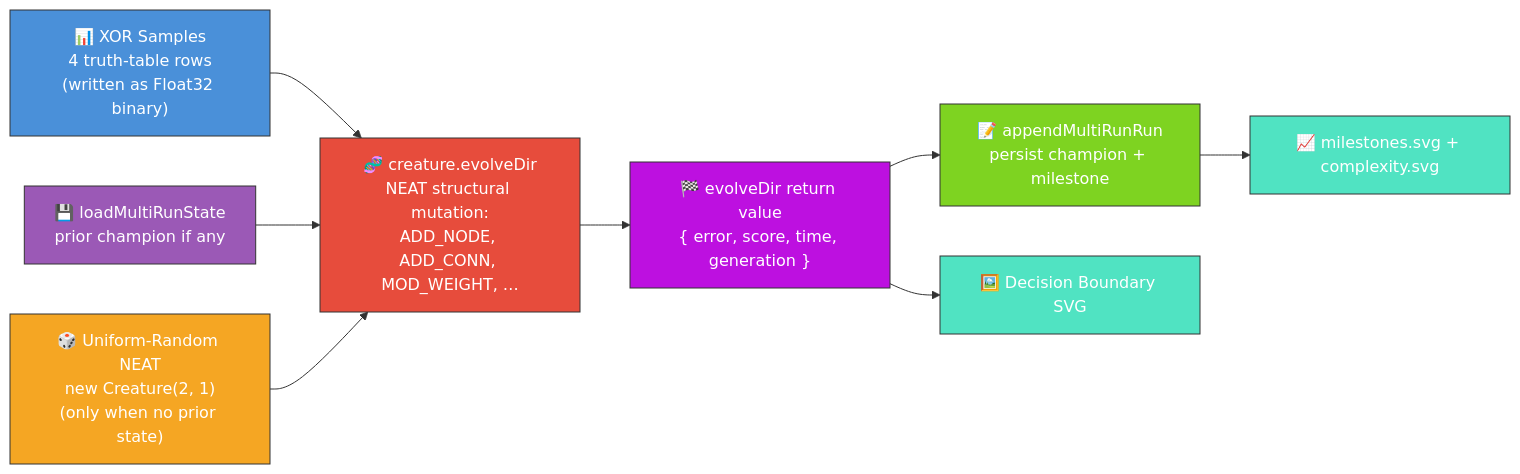
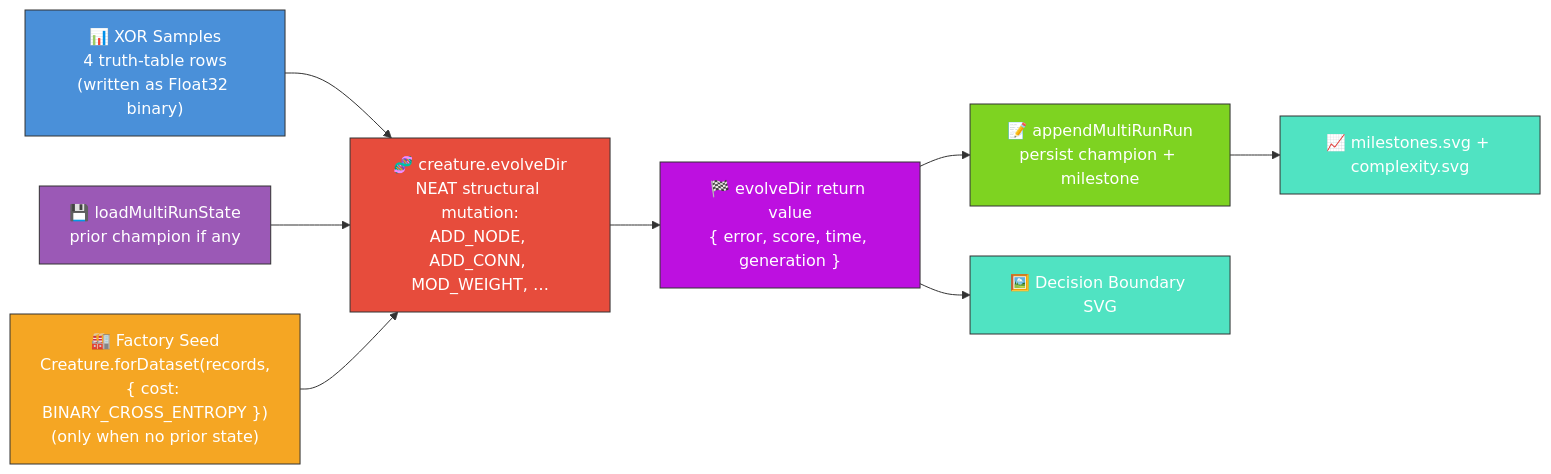
One commit to stSoftwareAU/NEAT-AI-Examples changed the first of 2 diagrams in xor_classification/README.md. Above: the diagram before and after it, drawn with Mermaid. The commit also changed other lines of this file and 3 other files, not shown here.

First line of the commit message:
XOR: build the initial creature via the NEAT-AI factory (Issue #520)

````diff
--- a/xor_classification/README.md
+++ b/xor_classification/README.md
@@ -29,28 +33,28 @@
 ```mermaid
 flowchart LR
     DATA["📊 XOR Samples<br/>4 truth-table rows<br/>(written as Float32 binary)"]
     LOAD["💾 loadMultiRunState<br/>prior champion if any"]
-    SEED["🎲 Uniform-Random NEAT<br/>new Creature(2, 1)<br/>(only when no prior state)"]
+    SEED["🏭 Factory Seed<br/>Creature.forDataset(records,<br/>{ cost: BINARY_CROSS_ENTROPY })<br/>(only when no prior state)"]
     EVOLVE["🧬 creature.evolveDir<br/>NEAT structural mutation:<br/>ADD_NODE, ADD_CONN, MOD_WEIGHT, …"]
     RETURN["🏁 evolveDir return value<br/>{ error, score, time, generation }"]
     APPEND["📝 appendMultiRunRun<br/>persist champion + milestone"]
     CHARTS["📈 milestones.svg + complexity.svg"]
     BOUNDARY["🖼️ Decision Boundary SVG"]
 
     DATA --> EVOLVE
     LOAD --> EVOLVE
     SEED --> EVOLVE
     EVOLVE --> RETURN
     RETURN --> APPEND
     APPEND --> CHARTS
     RETURN --> BOUNDARY
 
     style DATA fill:#4a90d9,stroke:#333,color:#fff
     style LOAD fill:#9b59b6,stroke:#333,color:#fff
     style SEED fill:#f5a623,stroke:#333,color:#fff
     style EVOLVE fill:#e74c3c,stroke:#333,color:#fff
     style RETURN fill:#bd10e0,stroke:#333,color:#fff
     style APPEND fill:#7ed321,stroke:#333,color:#fff
     style CHARTS fill:#50e3c2,stroke:#333,color:#fff
     style BOUNDARY fill:#50e3c2,stroke:#333,color:#fff
 ```
````
